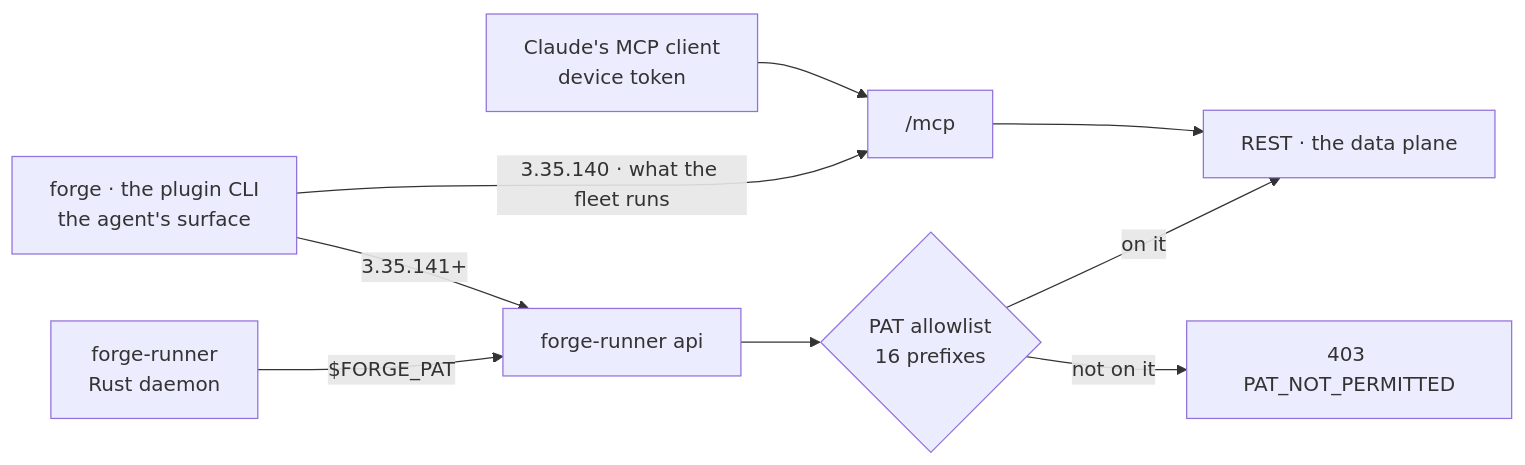
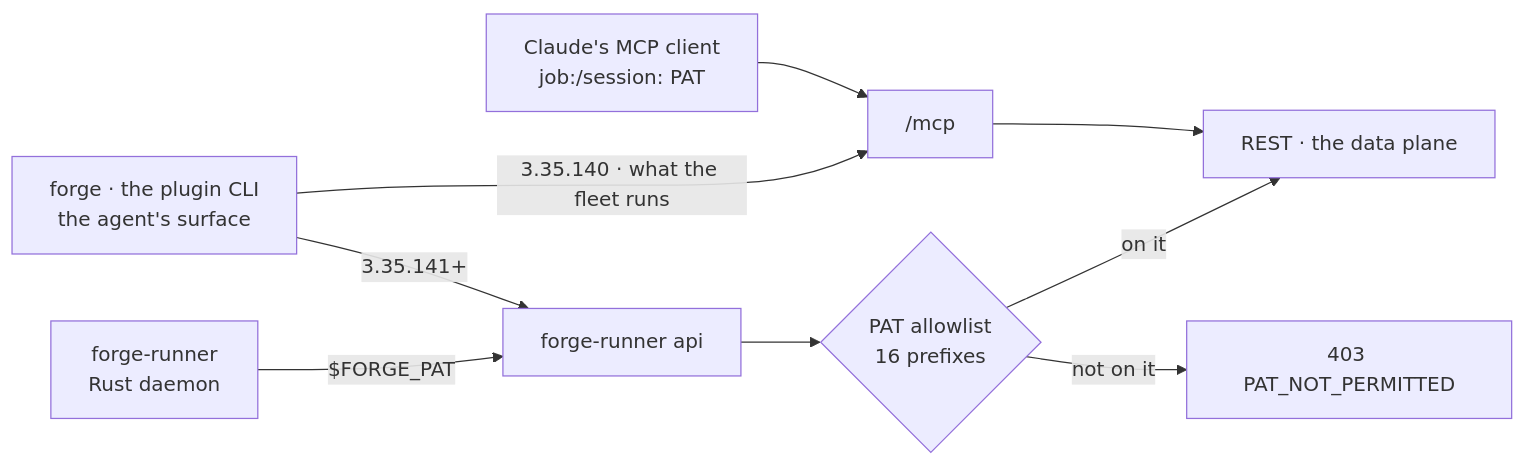
The diagram in docs/architecture/data-plane-surface.md (SidCorp-co/forge), drawn with Mermaid before and after one commit. The commit also changed other lines of this file and 84 other files, not shown here.

````diff
--- a/docs/architecture/data-plane-surface.md
+++ b/docs/architecture/data-plane-surface.md
@@ -19,11 +19,11 @@
 ```mermaid
 flowchart LR
   D["forge-runner<br/>Rust daemon"] -->|"$FORGE_PAT"| CLI["forge-runner api"]
   P["forge · the plugin CLI<br/>the agent's surface"] -->|"3.35.141+"| CLI
   P -->|"3.35.140 · what the fleet runs"| MCP["/mcp"]
-  MC["Claude's MCP client<br/>device token"] --> MCP
+  MC["Claude's MCP client<br/>job:/session: PAT"] --> MCP
   CLI --> F{"PAT allowlist<br/>16 prefixes"}
   F -->|on it| R["REST · the data plane"]
   F -->|not on it| X["403 PAT_NOT_PERMITTED"]
   MCP --> R
 ```
````
